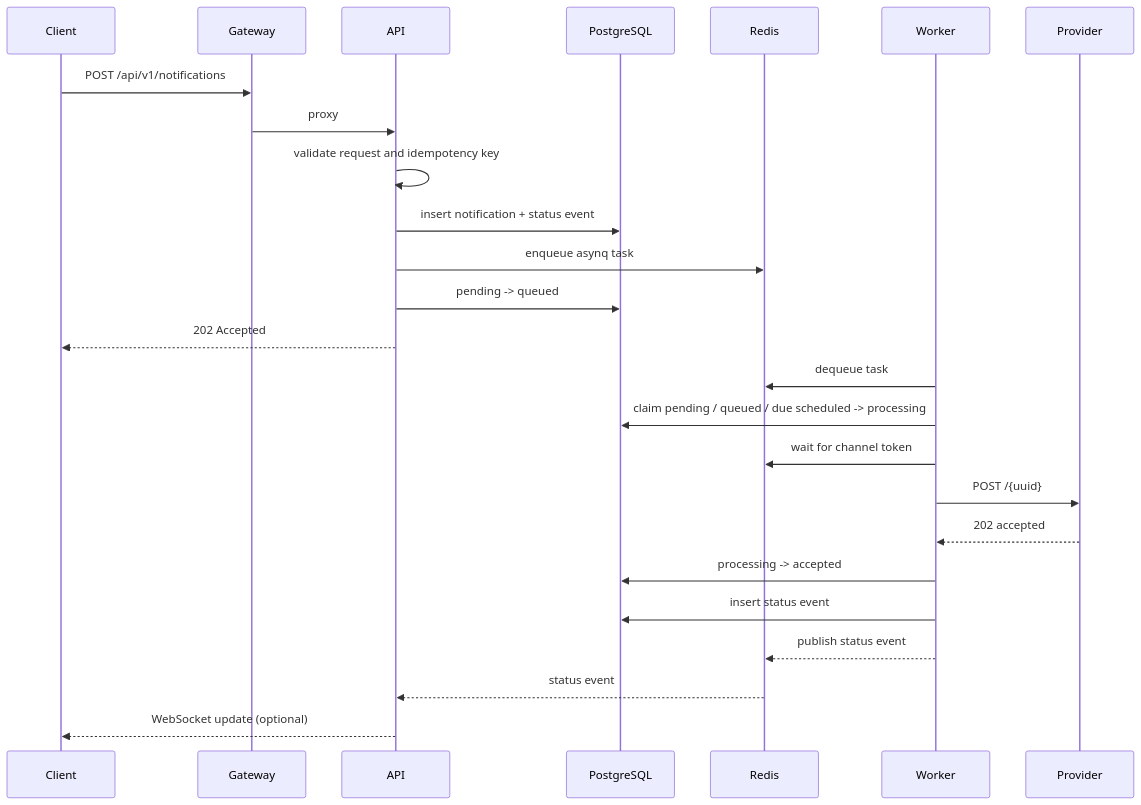
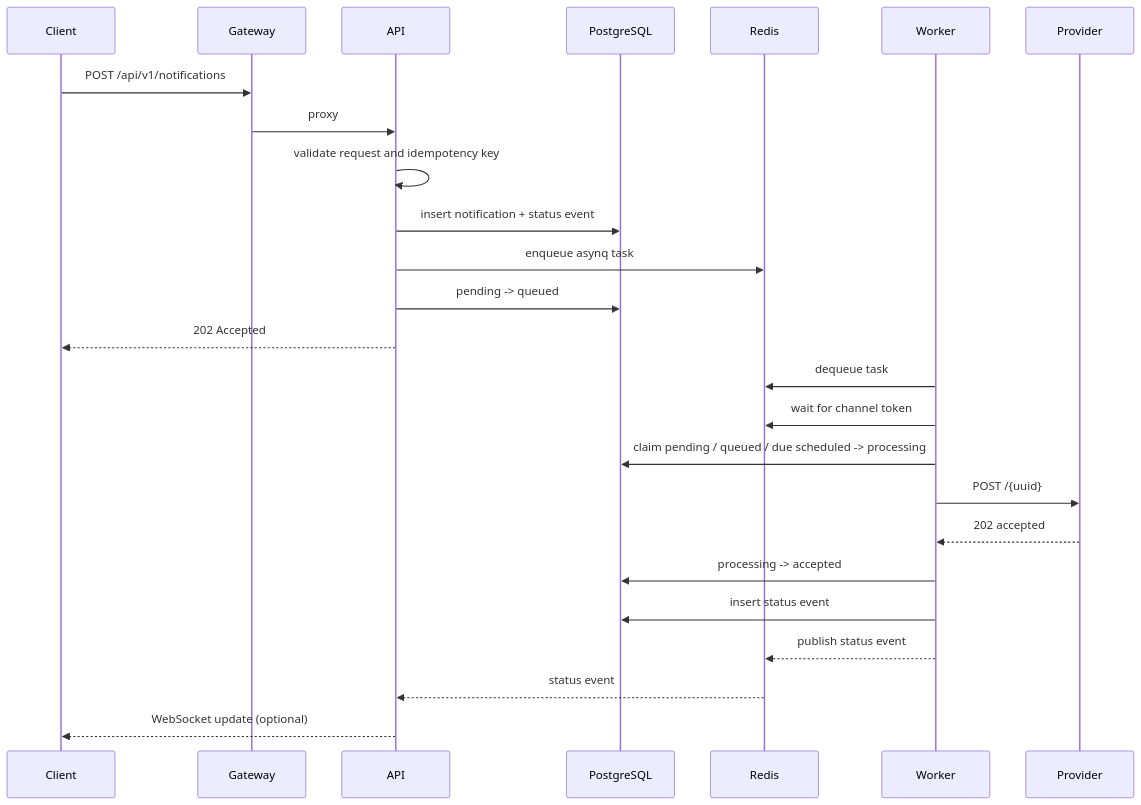
Before and after one commit to onatozmenn/insider-one-notification-system: the second of 2 diagrams in docs/architecture.md, drawn with Mermaid. The commit also changed other lines of this file and 9 other files, not shown here.

````diff
--- a/docs/architecture.md
+++ b/docs/architecture.md
@@ -65,28 +65,28 @@
 ```mermaid
 sequenceDiagram
     participant C as Client
     participant G as Gateway
     participant A as API
     participant DB as PostgreSQL
     participant R as Redis
     participant W as Worker
     participant P as Provider
 
     C->>G: POST /api/v1/notifications
     G->>A: proxy
     A->>A: validate request and idempotency key
     A->>DB: insert notification + status event
     A->>R: enqueue asynq task
     A->>DB: pending -> queued
     A-->>C: 202 Accepted
     W->>R: dequeue task
+    W->>R: wait for channel token
     W->>DB: claim pending / queued / due scheduled -> processing
-    W->>R: wait for channel token
     W->>P: POST /{uuid}
     P-->>W: 202 accepted
     W->>DB: processing -> accepted
     W->>DB: insert status event
     W-->>R: publish status event
     R-->>A: status event
     A-->>C: WebSocket update (optional)
 ```
````
